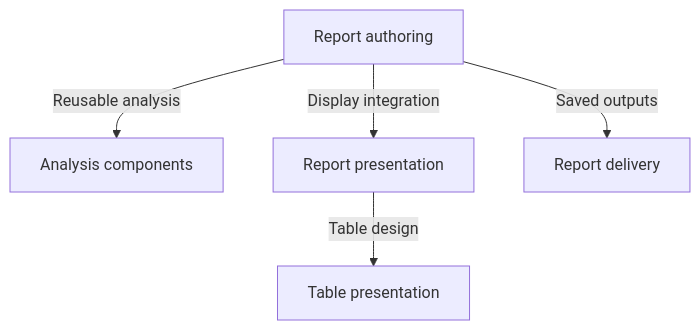
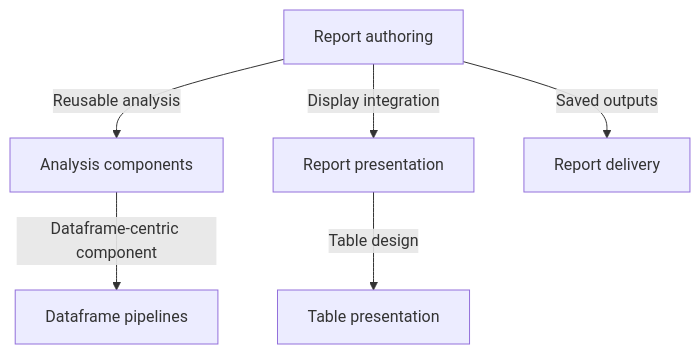
The diagram in .agents/skills/ask-aesthetic-taste/SKILL.md (deephbz/aesthetic-taste), drawn with Mermaid before and after one commit. The commit also changed other lines of this file and 5 other files, not shown here.

Commit message:
Define meaning and computation principles for dataframe pipelines

````diff
--- a/.agents/skills/ask-aesthetic-taste/SKILL.md
+++ b/.agents/skills/ask-aesthetic-taste/SKILL.md
@@ -28,7 +30,8 @@
 ```mermaid
 flowchart TD
   A[Report authoring] -->|Reusable analysis| C[Analysis components]
+  C -->|Dataframe-centric component| F[Dataframe pipelines]
   A -->|Display integration| P[Report presentation]
   P -->|Table design| T[Table presentation]
   A -->|Saved outputs| D[Report delivery]
 ```
````
